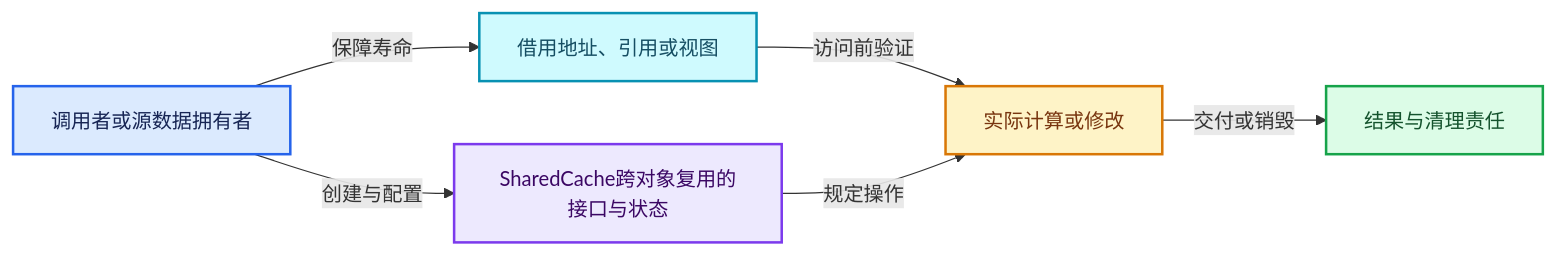
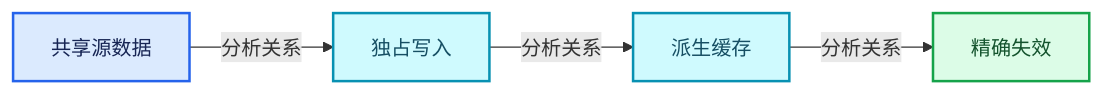
One commit to yunkezengren/blender-.vscode changed the third of 4 diagrams in 杂/markdown/全面学习-codex/06-隐式共享与缓存系统/07-SharedCache跨对象复用.md. Above: the diagram before and after it, drawn with Mermaid. The commit also changed other lines of this file and 1930 other files, not shown here.

````diff
--- a/杂/markdown/全面学习-codex/06-隐式共享与缓存系统/07-SharedCache跨对象复用.md
+++ b/杂/markdown/全面学习-codex/06-隐式共享与缓存系统/07-SharedCache跨对象复用.md
@@ -434,19 +64,16 @@
 ```mermaid
 flowchart LR
-  O["调用者或源数据拥有者"]:::input
-  V["SharedCache跨对象复用的接口与状态"]:::abstraction
-  B["借用地址、引用或视图"]:::data
-  W["实际计算或修改"]:::compute
-  R["结果与清理责任"]:::result
-  O -->|"创建与配置"| V
-  O -->|"保障寿命"| B
-  B -->|"访问前验证"| W
-  V -->|"规定操作"| W
-  W -->|"交付或销毁"| R
+  P0["共享源数据"]:::input
+  P1["独占写入"]:::data
+  P2["派生缓存"]:::data
+  P3["精确失效"]:::result
+  P0 -->|"分析关系"| P1
+  P1 -->|"分析关系"| P2
+  P2 -->|"分析关系"| P3
   classDef input fill:#DBEAFE,stroke:#2563EB,color:#172554,stroke-width:2px;
   classDef data fill:#CFFAFE,stroke:#0891B2,color:#164E63,stroke-width:2px;
   classDef abstraction fill:#EDE9FE,stroke:#7C3AED,color:#3B0764,stroke-width:2px;
   classDef compute fill:#FEF3C7,stroke:#D97706,color:#78350F,stroke-width:2px;
   classDef result fill:#DCFCE7,stroke:#16A34A,color:#14532D,stroke-width:2px;
   classDef error fill:#FEE2E2,stroke:#DC2626,color:#7F1D1D,stroke-width:2px;
 ```
````
